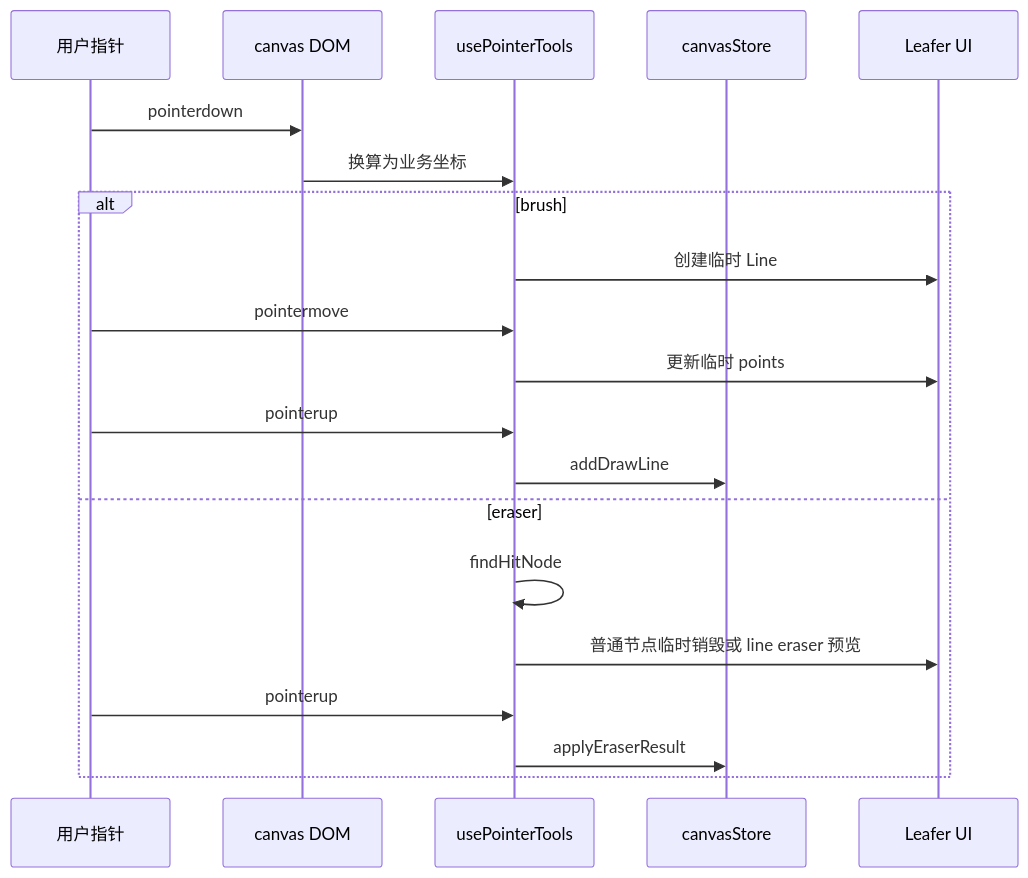
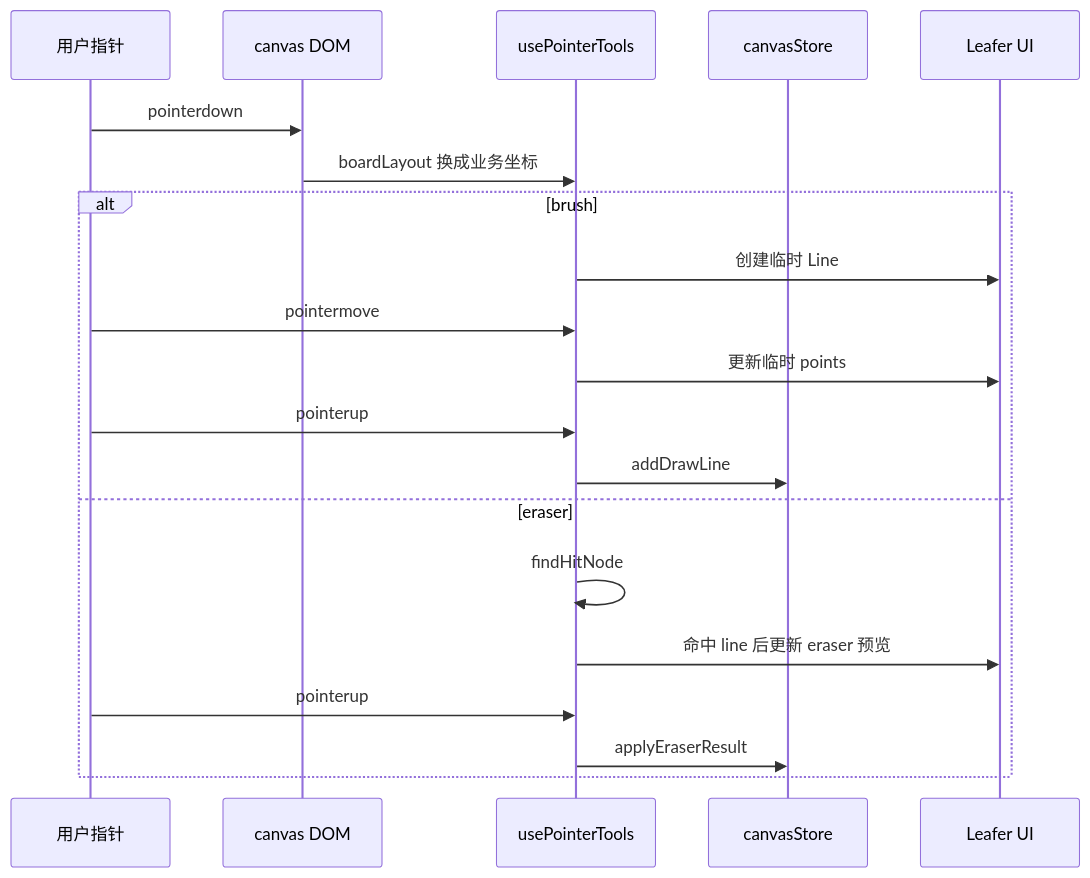
One commit to Tajigaqzh/paint-canvas changed the fourth of 8 diagrams in src/pages/home/hooks/README.md. Above: the diagram before and after it, drawn with Mermaid. The commit also changed other lines of this file and 101 other files, not shown here.

Commit message:
refactor: 拆分 Leafer hook 并接入图片缓存与单测

````diff
--- a/src/pages/home/hooks/README.md
+++ b/src/pages/home/hooks/README.md
@@ -143,23 +159,23 @@
 ```mermaid
 sequenceDiagram
   participant User as 用户指针
   participant DOM as canvas DOM
   participant Tools as usePointerTools
   participant Store as canvasStore
   participant Leafer as Leafer UI
 
   User->>DOM: pointerdown
-  DOM->>Tools: 换算为业务坐标
+  DOM->>Tools: boardLayout 换成业务坐标
   alt brush
     Tools->>Leafer: 创建临时 Line
     User->>Tools: pointermove
     Tools->>Leafer: 更新临时 points
     User->>Tools: pointerup
     Tools->>Store: addDrawLine
   else eraser
     Tools->>Tools: findHitNode
-    Tools->>Leafer: 普通节点临时销毁或 line eraser 预览
+    Tools->>Leafer: 命中 line 后更新 eraser 预览
     User->>Tools: pointerup
     Tools->>Store: applyEraserResult
   end
 ```
````
